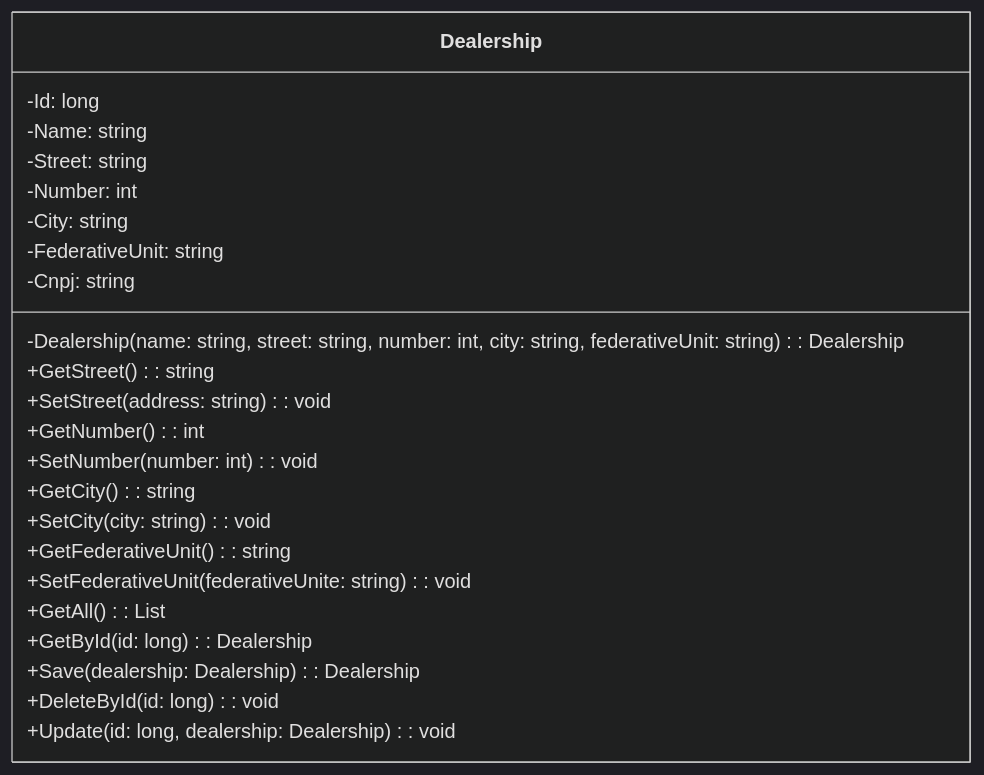
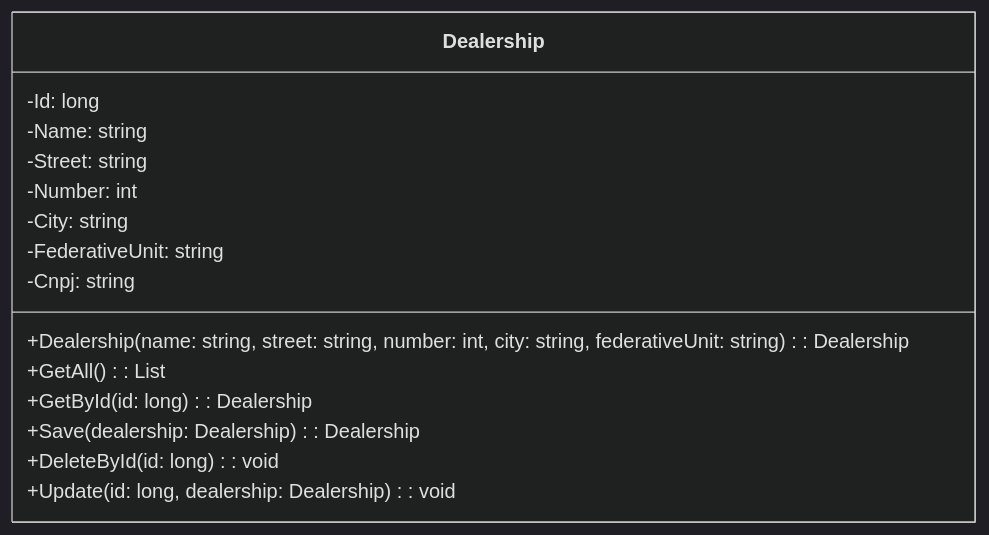
The eighth of 17 diagrams in Classes.md (AndreLucas0/diagrama-de-classes-projeto-integrador), drawn with Mermaid (dark theme) before and after one commit. The commit also changed other lines of this file, not shown here.

Commit message:
diagrama de classes sem relacoes finalizado

````diff
--- a/Classes.md
+++ b/Classes.md
@@ -132,26 +100,18 @@
 ```mermaid
 classDiagram
     class Dealership {
         -Id: long
         -Name: string
         -Street: string
         -Number: int
         -City: string
         -FederativeUnit: string
         -Cnpj: string
-        -Dealership (name: string, street: string, number: int, city: string, federativeUnit: string): Dealership
-        +GetStreet (): string
-        +SetStreet (address: string): void
-        +GetNumber (): int
-        +SetNumber (number: int): void
-        +GetCity (): string
-        +SetCity (city: string): void
-        +GetFederativeUnit (): string
-        +SetFederativeUnit (federativeUnite: string): void
+        +Dealership (name: string, street: string, number: int, city: string, federativeUnit: string): Dealership
         +GetAll (): List<Dealership>
         +GetById (id: long): Dealership
         +Save (dealership: Dealership): Dealership
         +DeleteById (id: long): void
         +Update (id: long, dealership: Dealership): void
     }
 ```
````
